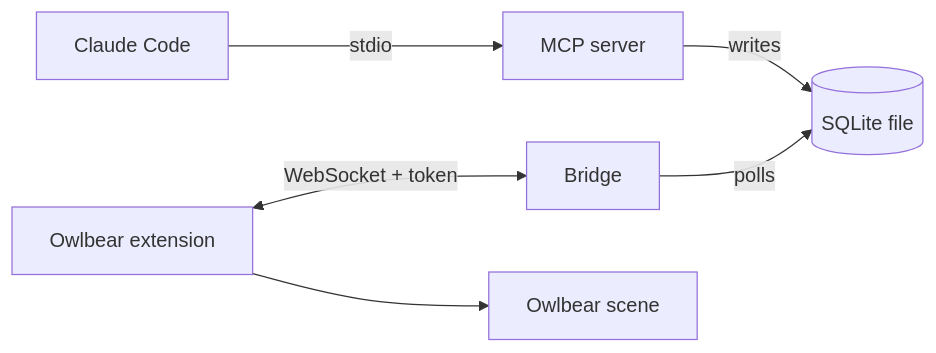
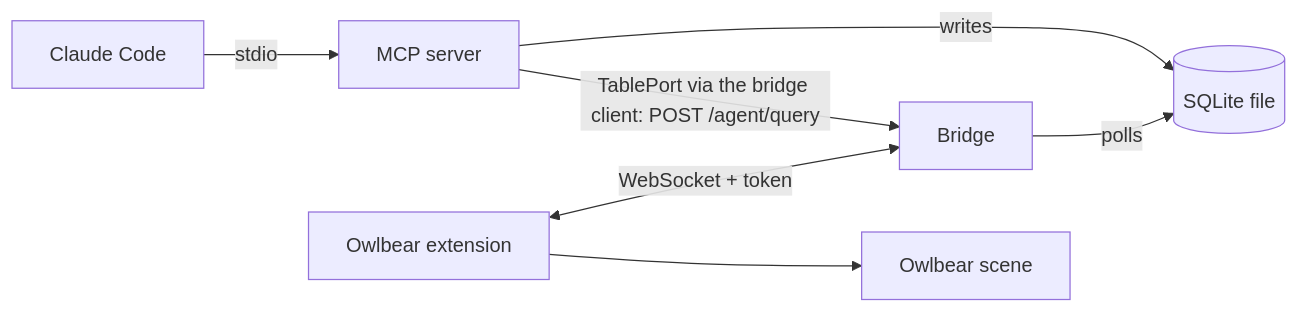
The second of 2 diagrams in docs/architecture.md (askrzypczak/ttrpg-agents), drawn with Mermaid before and after one commit. The commit also changed other lines of this file and 48 other files, not shown here.

````diff
--- a/docs/architecture.md
+++ b/docs/architecture.md
@@ -5,8 +40,9 @@
 ```mermaid
 flowchart LR
   claude["Claude Code"] -->|"stdio"| mcp["MCP server"]
   mcp -->|"writes"| db[("SQLite file")]
+  mcp -->|"TablePort via the bridge client: POST /agent/query"| bridge
   bridge["Bridge"] -->|"polls"| db
   ext["Owlbear extension"] <-->|"WebSocket + token"| bridge
   ext --> scene["Owlbear scene"]
 ```
````
